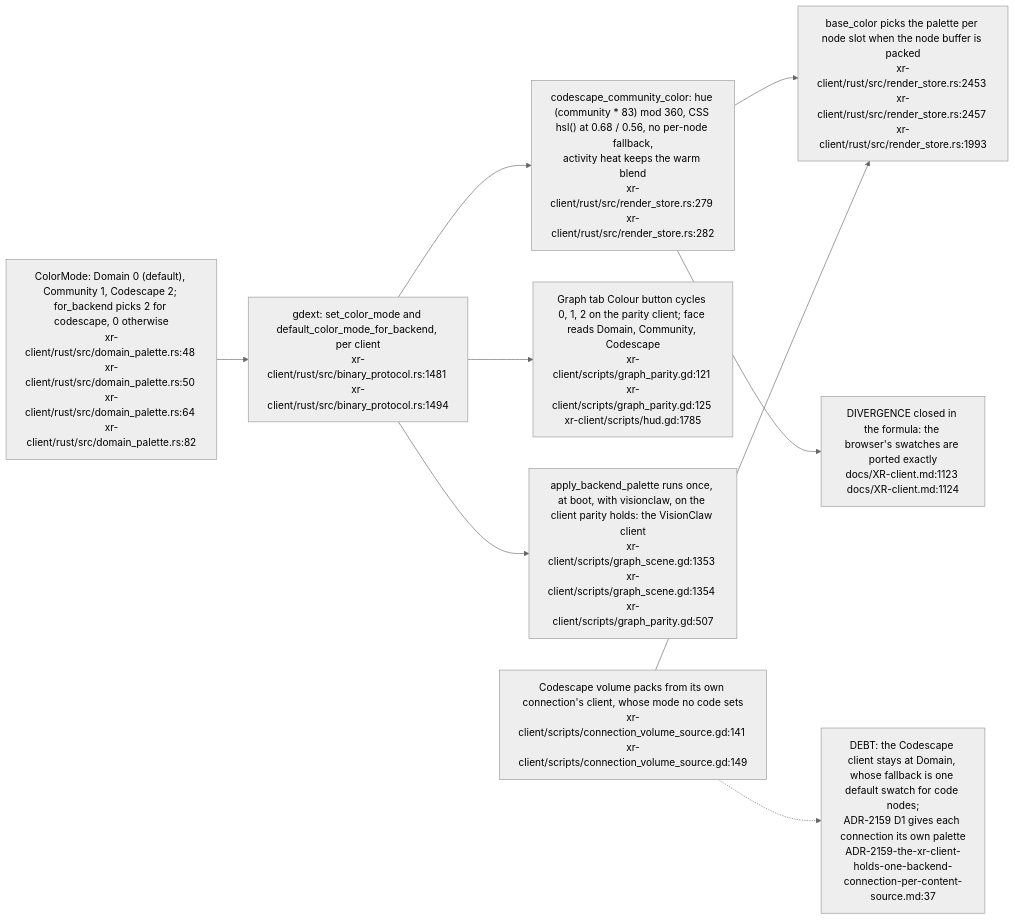
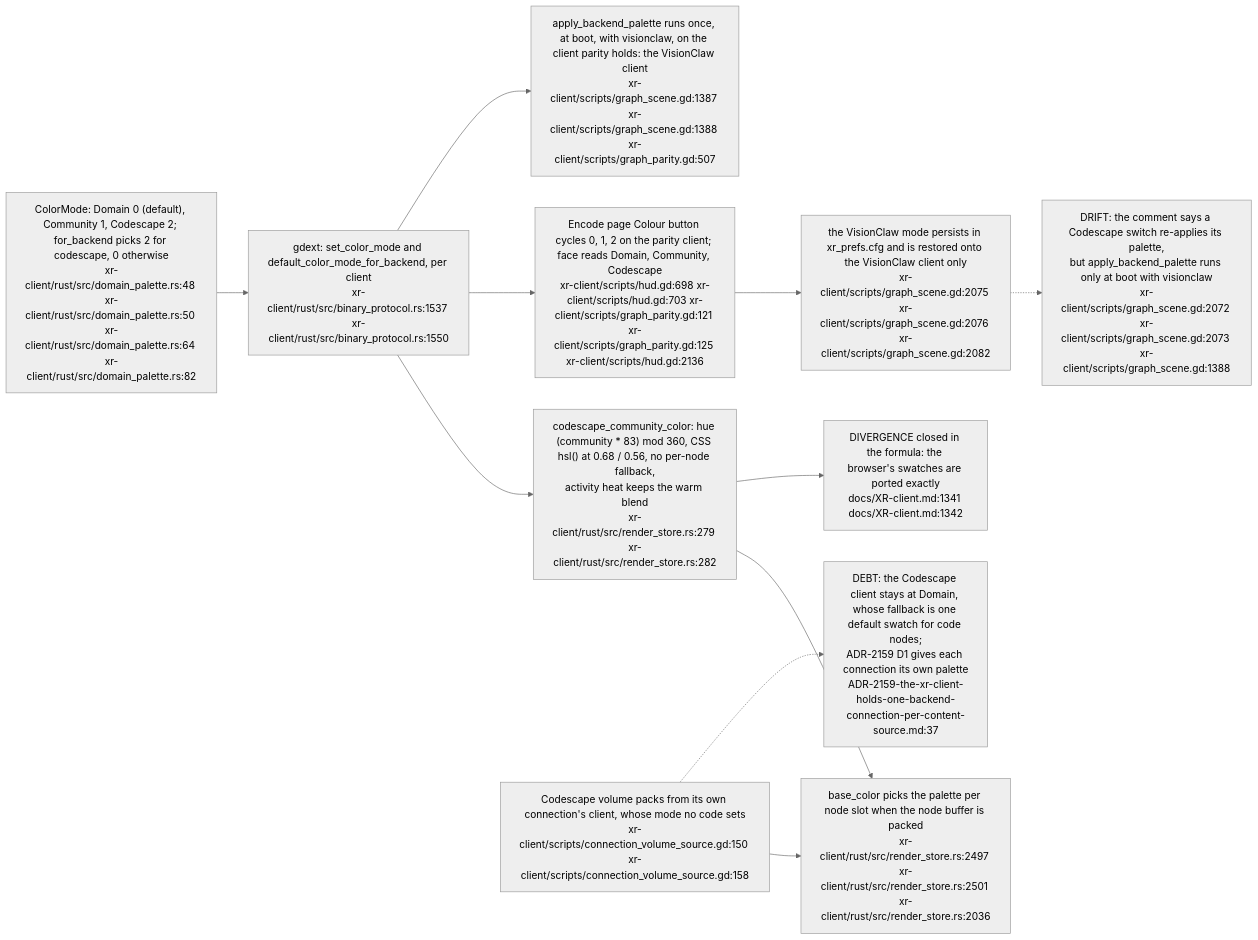
One commit to DreamLab-AI/VisionFlow changed the third of 3 diagrams in docs/diagrams/visionclaw/40-xr-two-backends-capability-gating.md. Above: the diagram before and after it, drawn with Mermaid (neutral theme). The commit also changed other lines of this file and 56 other files, not shown here.

First line of the commit message:
docs(diagrams): re-verify VisionClaw topics at ec785afa9, add VC-19/56/57 and the VisionClaw register

````diff
--- a/docs/diagrams/visionclaw/40-xr-two-backends-capability-gating.md
+++ b/docs/diagrams/visionclaw/40-xr-two-backends-capability-gating.md
@@ -106,17 +109,20 @@
 ```mermaid
 flowchart LR
     ENUM["ColorMode: Domain 0 (default), Community 1, Codescape 2; for_backend picks 2 for codescape, 0 otherwise<br/>xr-client/rust/src/domain_palette.rs:48 xr-client/rust/src/domain_palette.rs:50 xr-client/rust/src/domain_palette.rs:64 xr-client/rust/src/domain_palette.rs:82"]
-    GD["gdext: set_color_mode and default_color_mode_for_backend, per client<br/>xr-client/rust/src/binary_protocol.rs:1481 xr-client/rust/src/binary_protocol.rs:1494"]
+    GD["gdext: set_color_mode and default_color_mode_for_backend, per client<br/>xr-client/rust/src/binary_protocol.rs:1537 xr-client/rust/src/binary_protocol.rs:1550"]
     PAL["codescape_community_color: hue (community * 83) mod 360, CSS hsl() at 0.68 / 0.56, no per-node fallback,<br/>activity heat keeps the warm blend<br/>xr-client/rust/src/render_store.rs:279 xr-client/rust/src/render_store.rs:282"]
-    BASE["base_color picks the palette per node slot when the node buffer is packed<br/>xr-client/rust/src/render_store.rs:2453 xr-client/rust/src/render_store.rs:2457 xr-client/rust/src/render_store.rs:1993"]
-    CYC["Graph tab Colour button cycles 0, 1, 2 on the parity client; face reads Domain, Community, Codescape<br/>xr-client/scripts/graph_parity.gd:121 xr-client/scripts/graph_parity.gd:125 xr-client/scripts/hud.gd:1785"]
-    DEF["apply_backend_palette runs once, at boot, with visionclaw, on the client parity holds: the VisionClaw client<br/>xr-client/scripts/graph_scene.gd:1353 xr-client/scripts/graph_scene.gd:1354 xr-client/scripts/graph_parity.gd:507"]
-    CSV["Codescape volume packs from its own connection's client, whose mode no code sets<br/>xr-client/scripts/connection_volume_source.gd:141 xr-client/scripts/connection_volume_source.gd:149"]
+    BASE["base_color picks the palette per node slot when the node buffer is packed<br/>xr-client/rust/src/render_store.rs:2497 xr-client/rust/src/render_store.rs:2501 xr-client/rust/src/render_store.rs:2036"]
+    CYC["Encode page Colour button cycles 0, 1, 2 on the parity client; face reads Domain, Community, Codescape<br/>xr-client/scripts/hud.gd:698 xr-client/scripts/hud.gd:703 xr-client/scripts/graph_parity.gd:121 xr-client/scripts/graph_parity.gd:125 xr-client/scripts/hud.gd:2136"]
+    PREF["the VisionClaw mode persists in xr_prefs.cfg and is restored onto the VisionClaw client only<br/>xr-client/scripts/graph_scene.gd:2075 xr-client/scripts/graph_scene.gd:2076 xr-client/scripts/graph_scene.gd:2082"]
+    CYC --> PREF
+    PREF -.-> D2["DRIFT: the comment says a Codescape switch re-applies its palette,<br/>but apply_backend_palette runs only at boot with visionclaw<br/>xr-client/scripts/graph_scene.gd:2072 xr-client/scripts/graph_scene.gd:2073 xr-client/scripts/graph_scene.gd:1388"]
+    DEF["apply_backend_palette runs once, at boot, with visionclaw, on the client parity holds: the VisionClaw client<br/>xr-client/scripts/graph_scene.gd:1387 xr-client/scripts/graph_scene.gd:1388 xr-client/scripts/graph_parity.gd:507"]
+    CSV["Codescape volume packs from its own connection's client, whose mode no code sets<br/>xr-client/scripts/connection_volume_source.gd:150 xr-client/scripts/connection_volume_source.gd:158"]
     ENUM --> GD --> PAL --> BASE
     GD --> CYC
     GD --> DEF
     CSV --> BASE
     CSV -.-> GAP["DEBT: the Codescape client stays at Domain, whose fallback is one default swatch for code nodes;<br/>ADR-2159 D1 gives each connection its own palette<br/>ADR-2159-the-xr-client-holds-one-backend-connection-per-content-source.md:37"]
-    N1["DIVERGENCE closed in the formula: the browser's swatches are ported exactly<br/>docs/XR-client.md:1123 docs/XR-client.md:1124"]
+    N1["DIVERGENCE closed in the formula: the browser's swatches are ported exactly<br/>docs/XR-client.md:1341 docs/XR-client.md:1342"]
     PAL --> N1
 ```
````
